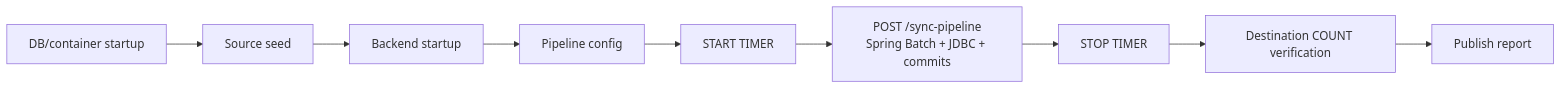
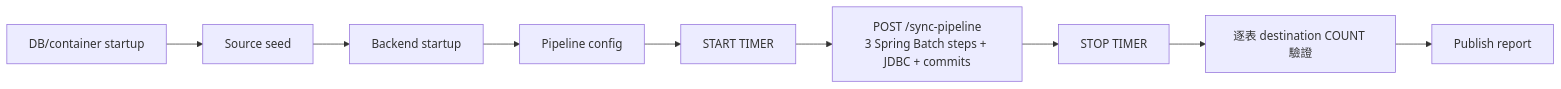
The third of 4 diagrams in quarto/zh-TW/performance.qmd (tibame201020/IrisPipe), drawn with Mermaid before and after one commit. The commit also changed other lines of this file and 18 other files, not shown here.

````diff
--- a/quarto/zh-TW/performance.qmd
+++ b/quarto/zh-TW/performance.qmd
@@ -128,4 +173,4 @@
 ```{mermaid}
 flowchart LR
-  A["DB/container startup"] --> B["Source seed"] --> C["Backend startup"] --> D["Pipeline config"] --> E["START TIMER"] --> F["POST /sync-pipeline<br/>Spring Batch + JDBC + commits"] --> G["STOP TIMER"] --> H["Destination COUNT verification"] --> I["Publish report"]
+  A["DB/container startup"] --> B["Source seed"] --> C["Backend startup"] --> D["Pipeline config"] --> E["START TIMER"] --> F["POST /sync-pipeline\n3 Spring Batch steps + JDBC + commits"] --> G["STOP TIMER"] --> H["逐表 destination COUNT 驗證"] --> I["Publish report"]
 ```
````
